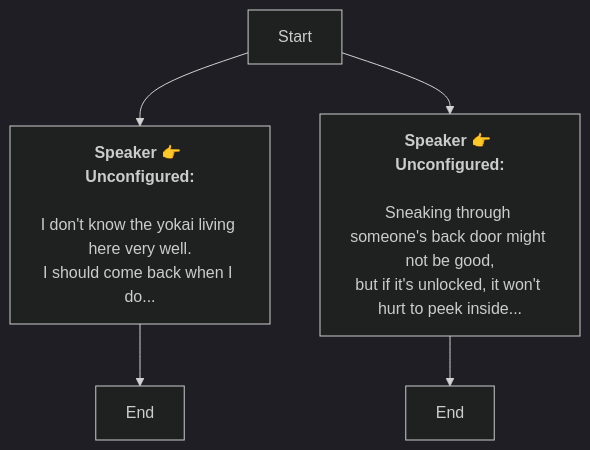
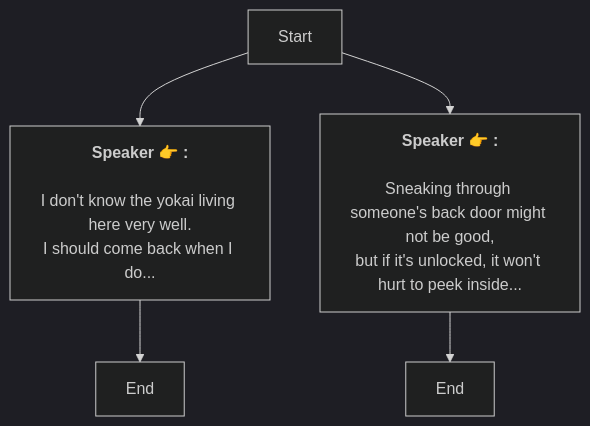
Before and after one commit to SoftHu/tos_avg: the diagram in En/LivingRommCommon.md, drawn with Mermaid (dark theme). The commit also changed 737 other files, not shown here.

````diff
--- a/En/LivingRommCommon.md
+++ b/En/LivingRommCommon.md
@@ -1,14 +1,12 @@
 ```mermaid
 graph
-Start -->1730832679768155[<b>Speaker 👉 Unconfigured:</b>
-
-I don't know the yokai living here very well.
+Start -->1730832679768155[<b>Speaker 👉 :</b>
+\nI don't know the yokai living here very well.
 I should come back when I do...]
 1730832679768155 -->1730832736418908[End]
-Start -->1730836209518772[<b>Speaker 👉 Unconfigured:</b>
-
-Sneaking through someone's back door might not be good,
+Start -->1730836209518772[<b>Speaker 👉 :</b>
+\nSneaking through someone's back door might not be good,
 but if it's unlocked, it won't hurt to peek inside...]
 1730836209518772 -->1730836271339701[End]
 
- ```
+```
````
